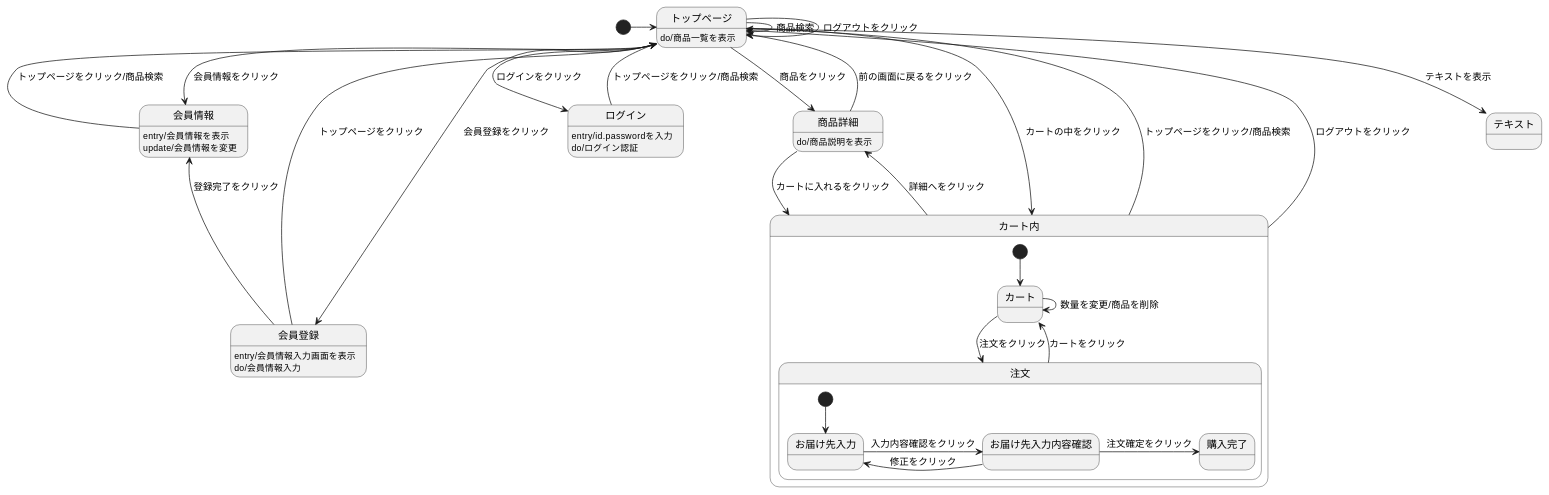
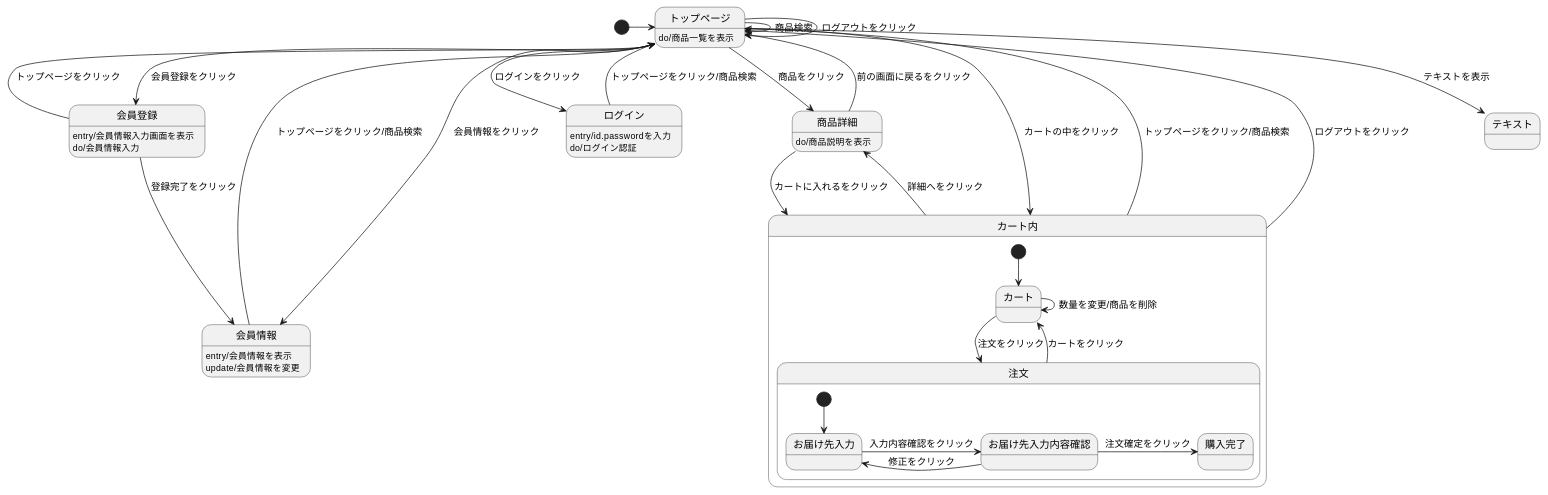
The diagram in 03_画面遷移図/画面遷移図.md (Aso2001007/System4), drawn with PlantUML before and after one commit.

````diff
--- a/03_画面遷移図/画面遷移図.md
+++ b/03_画面遷移図/画面遷移図.md
@@ -1,54 +1,54 @@
 ```uml
 
 @startuml
 [*] -> トップページ 
 
 会員登録 -left-> トップページ : トップページをクリック
-会員登録 -up-> 会員情報 :登録完了をクリック
+会員登録 -down-> 会員情報 :登録完了をクリック
 会員登録 :entry/会員情報入力画面を表示
 会員登録 :do/会員情報入力
 
 会員情報 -left-> トップページ : トップページをクリック/商品検索 
 会員情報 : entry/会員情報を表示
 会員情報 : update/会員情報を変更
 
-ログイン -up-> トップページ : トップページをクリック/商品検索 
+ログイン -down-> トップページ : トップページをクリック/商品検索 
 ログイン : entry/id.passwordを入力 
 ログイン : do/ログイン認証 
 
 トップページ --> 会員登録 : 会員登録をクリック
 トップページ --> 会員情報 : 会員情報をクリック
 トップページ --> トップページ : ログアウトをクリック 
 トップページ -> トップページ : 商品検索 
 トップページ -> 商品詳細 : 商品をクリック 
 トップページ -right-> ログイン : ログインをクリック 
 トップページ --> カート内 : カートの中をクリック 
 トップページ --> テキスト : テキストを表示
 トップページ : do/商品一覧を表示 
 
 商品詳細 --> カート内 : カートに入れるをクリック 
 商品詳細 --> トップページ : 前の画面に戻るをクリック 
 商品詳細 : do/商品説明を表示
 
  
 
 カート内 -up-> トップページ : トップページをクリック/商品検索 
 カート内 -up-> トップページ : ログアウトをクリック 
 カート内 -> 商品詳細 : 詳細へをクリック 
 
 state カート内 { 
   [*] --> カート 
   カート -> 注文 : 注文をクリック 
   カート -> カート : 数量を変更/商品を削除 
   注文 --> カート : カートをクリック 
 
   state 注文 { 
     [*] --> お届け先入力 
     お届け先入力 -> お届け先入力内容確認 : 入力内容確認をクリック 
     お届け先入力内容確認 -> お届け先入力 : 修正をクリック 
     お届け先入力内容確認 -> 購入完了 : 注文確定をクリック 
   } 
 }
 @enduml
 
 ```
````
